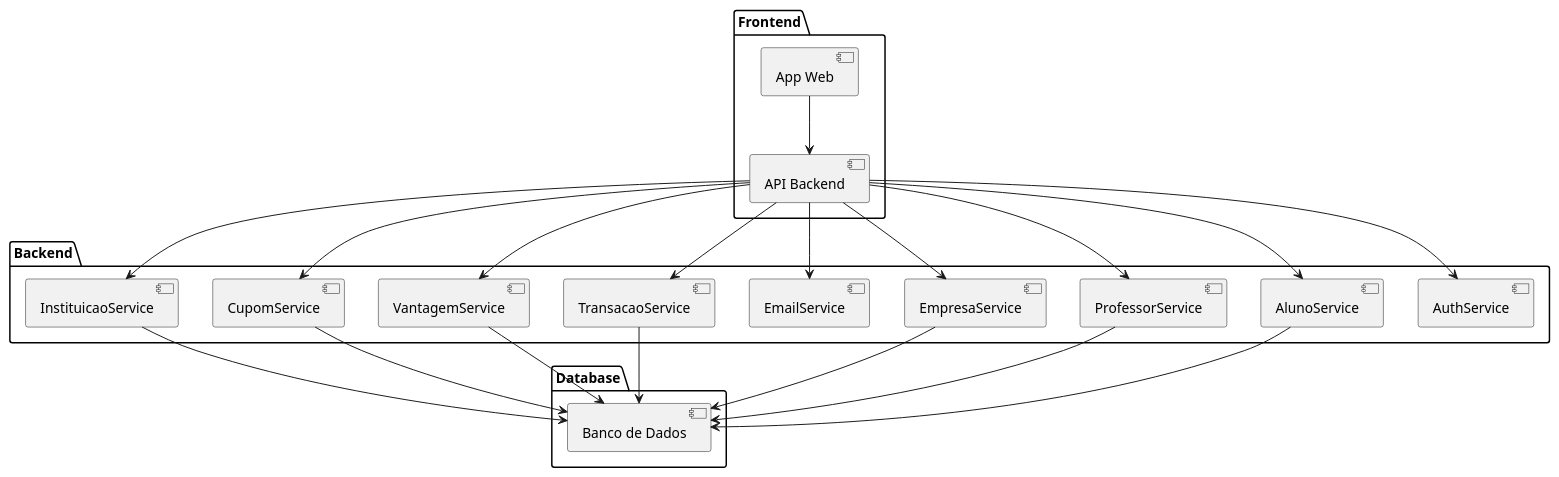
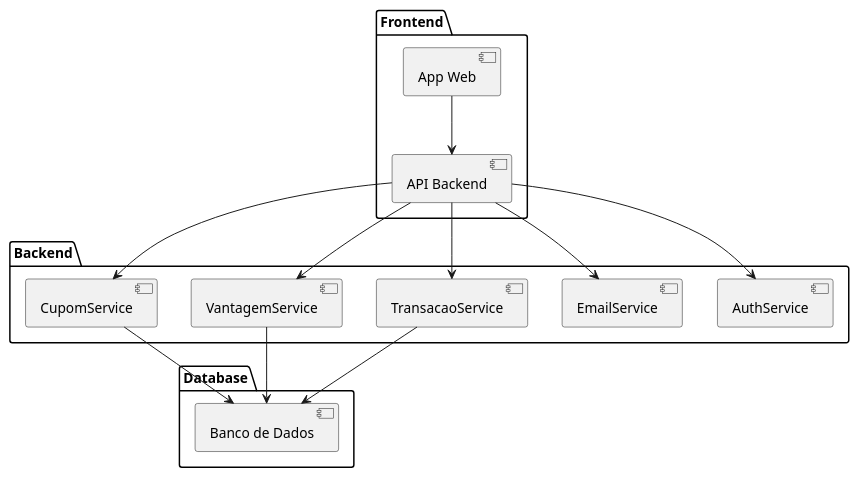
The diagram in Diagramas/Componentes/componentes.wsd (renatoctti/Laboratorio03), drawn with PlantUML before and after one commit. The commit also changed 10 other files, not shown here.

Commit message:
Commit atualizacao de diagramas

```diff
--- a/Diagramas/Componentes/componentes.wsd
+++ b/Diagramas/Componentes/componentes.wsd
@@ -1,30 +1,21 @@
-@startuml
-' Diagrama de Componentes
+@startuml Diagrama de Componentes
 package "Frontend" {
   [App Web] --> [API Backend]
 }
 
 package "Backend" {
   [API Backend] --> [AuthService]
-  [API Backend] --> [AlunoService]
-  [API Backend] --> [ProfessorService]
-  [API Backend] --> [EmpresaService]
   [API Backend] --> [EmailService]
   [API Backend] --> [TransacaoService]
   [API Backend] --> [VantagemService]
   [API Backend] --> [CupomService]
-  [API Backend] --> [InstituicaoService]
 }
 
 package "Database" {
   [Banco de Dados]
 }
 
-[AlunoService] --> [Banco de Dados]
-[ProfessorService] --> [Banco de Dados]
-[EmpresaService] --> [Banco de Dados]
 [TransacaoService] --> [Banco de Dados]
 [VantagemService] --> [Banco de Dados]
 [CupomService] --> [Banco de Dados]
-[InstituicaoService] --> [Banco de Dados]
 @enduml
```
